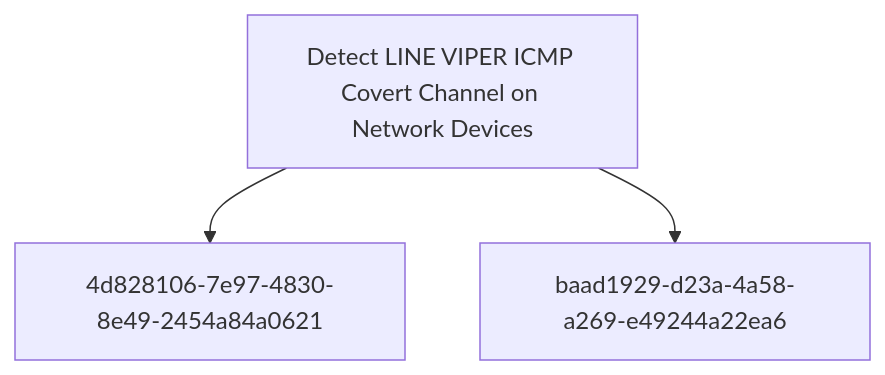
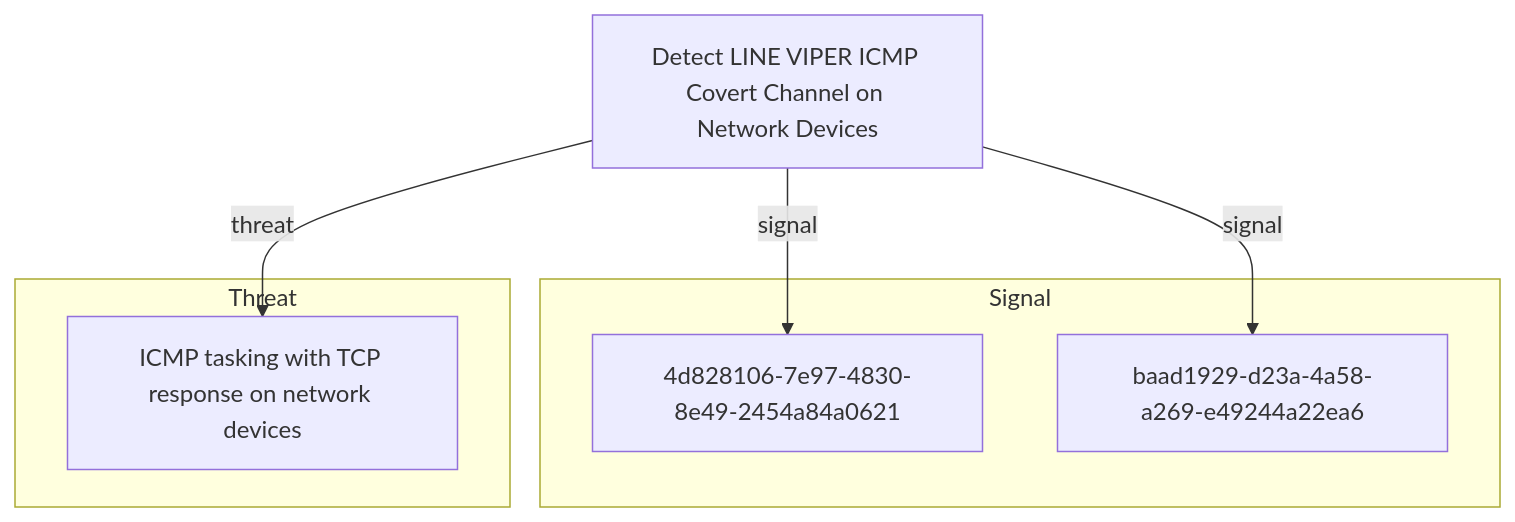
One commit to opentidehq/library changed the diagram in docs/objectives/detect-line-viper-icmp-covert-channel-on-network-devices.md. Above: the diagram before and after it, drawn with Mermaid. The commit also changed other lines of this file and 277 other files, not shown here.

````diff
--- a/docs/objectives/detect-line-viper-icmp-covert-channel-on-network-devices.md
+++ b/docs/objectives/detect-line-viper-icmp-covert-channel-on-network-devices.md
@@ -92,8 +167,14 @@
 ```mermaid
 flowchart TB
-d8372ac1_2740_4cb2_b834_2e1622380b7b["Detect LINE VIPER ICMP Covert Channel on Network Devices"]
+subgraph "Signal"
 4d828106_7e97_4830_8e49_2454a84a0621["4d828106-7e97-4830-8e49-2454a84a0621"]
 baad1929_d23a_4a58_a269_e49244a22ea6["baad1929-d23a-4a58-a269-e49244a22ea6"]
-d8372ac1_2740_4cb2_b834_2e1622380b7b --> 4d828106_7e97_4830_8e49_2454a84a0621
-d8372ac1_2740_4cb2_b834_2e1622380b7b --> baad1929_d23a_4a58_a269_e49244a22ea6
+end
+subgraph "Threat"
+2a5faf22_c526_4d49_81b9_6a7b895de58b["ICMP tasking with TCP response on network devices"]
+end
+d8372ac1_2740_4cb2_b834_2e1622380b7b["Detect LINE VIPER ICMP Covert Channel on Network Devices"]
+d8372ac1_2740_4cb2_b834_2e1622380b7b -->|signal| 4d828106_7e97_4830_8e49_2454a84a0621
+d8372ac1_2740_4cb2_b834_2e1622380b7b -->|signal| baad1929_d23a_4a58_a269_e49244a22ea6
+d8372ac1_2740_4cb2_b834_2e1622380b7b -->|threat| 2a5faf22_c526_4d49_81b9_6a7b895de58b
 ```
````
